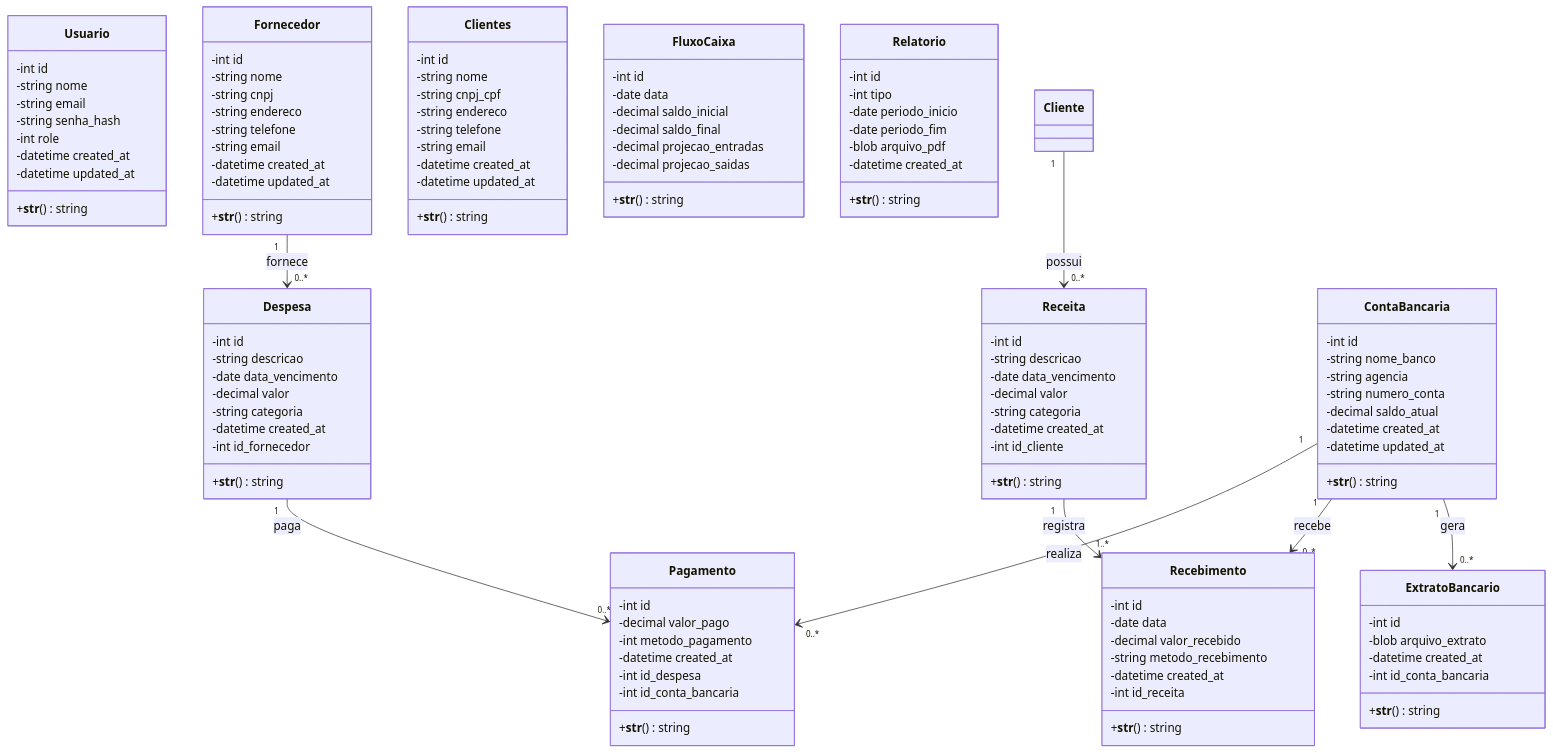
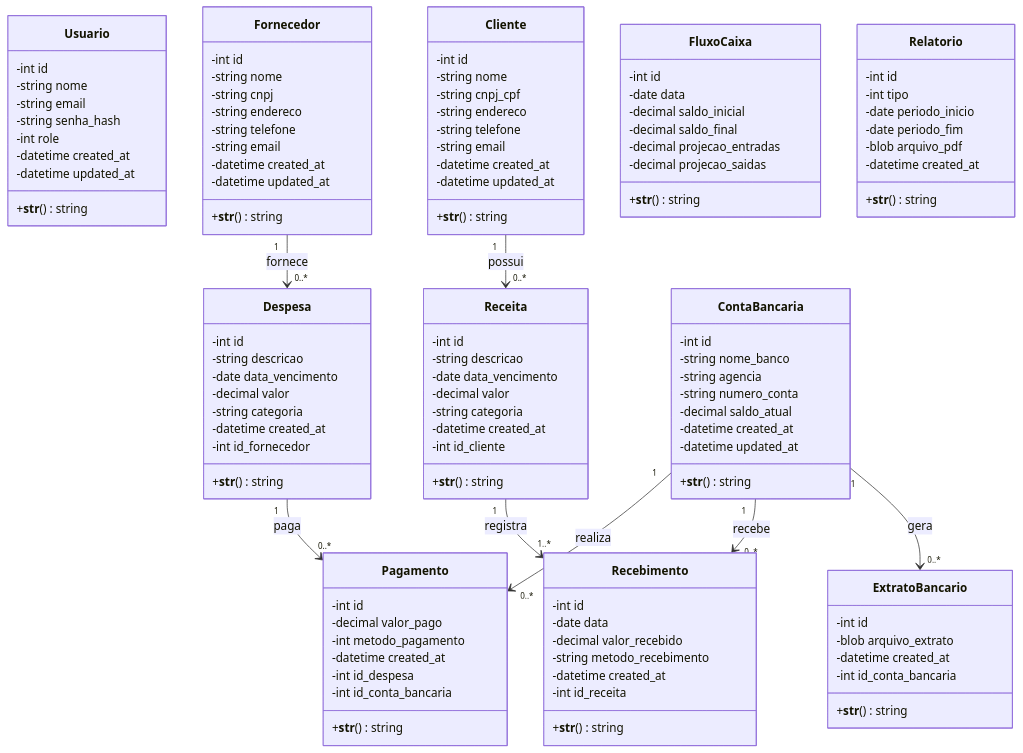
One commit to Gabriela-Amaro/Sistema-Mugiwara changed the diagram in README.DC.md. Above: the diagram before and after it, drawn with Mermaid.

```diff
--- a/README.DC.md
+++ b/README.DC.md
@@ -48,7 +48,7 @@
         +__str__() string
     }
 
-    class Clientes {
+    class Cliente {
         -int id
         -string nome
         -string cnpj_cpf
```
